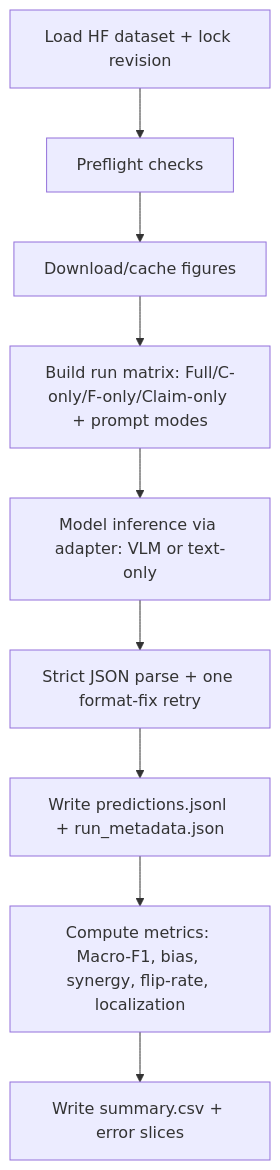
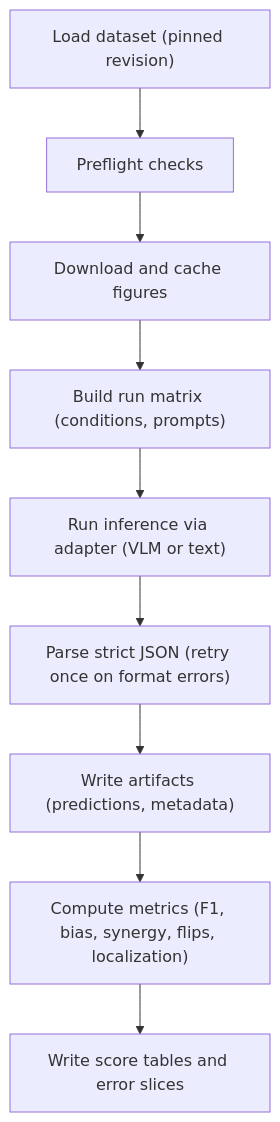
The diagram in README.md (shatianming5/MuSciClaim), drawn with Mermaid before and after one commit.

Commit message:
Fix Mermaid diagram for GitHub rendering

````diff
--- a/README.md
+++ b/README.md
@@ -34,11 +34,11 @@
 ```mermaid
-flowchart TD
-  A["Load HF dataset + lock revision"] --> B["Preflight checks"]
-  B --> C["Download/cache figures"]
-  C --> D["Build run matrix: Full/C-only/F-only/Claim-only + prompt modes"]
-  D --> E["Model inference via adapter: VLM or text-only"]
-  E --> F["Strict JSON parse + one format-fix retry"]
-  F --> G["Write predictions.jsonl + run_metadata.json"]
-  G --> H["Compute metrics: Macro-F1, bias, synergy, flip-rate, localization"]
-  H --> I["Write summary.csv + error slices"]
+graph TD
+  A["Load dataset (pinned revision)"] --> B["Preflight checks"]
+  B --> C["Download and cache figures"]
+  C --> D["Build run matrix (conditions, prompts)"]
+  D --> E["Run inference via adapter (VLM or text)"]
+  E --> F["Parse strict JSON (retry once on format errors)"]
+  F --> G["Write artifacts (predictions, metadata)"]
+  G --> H["Compute metrics (F1, bias, synergy, flips, localization)"]
+  H --> I["Write score tables and error slices"]
 ```
````
